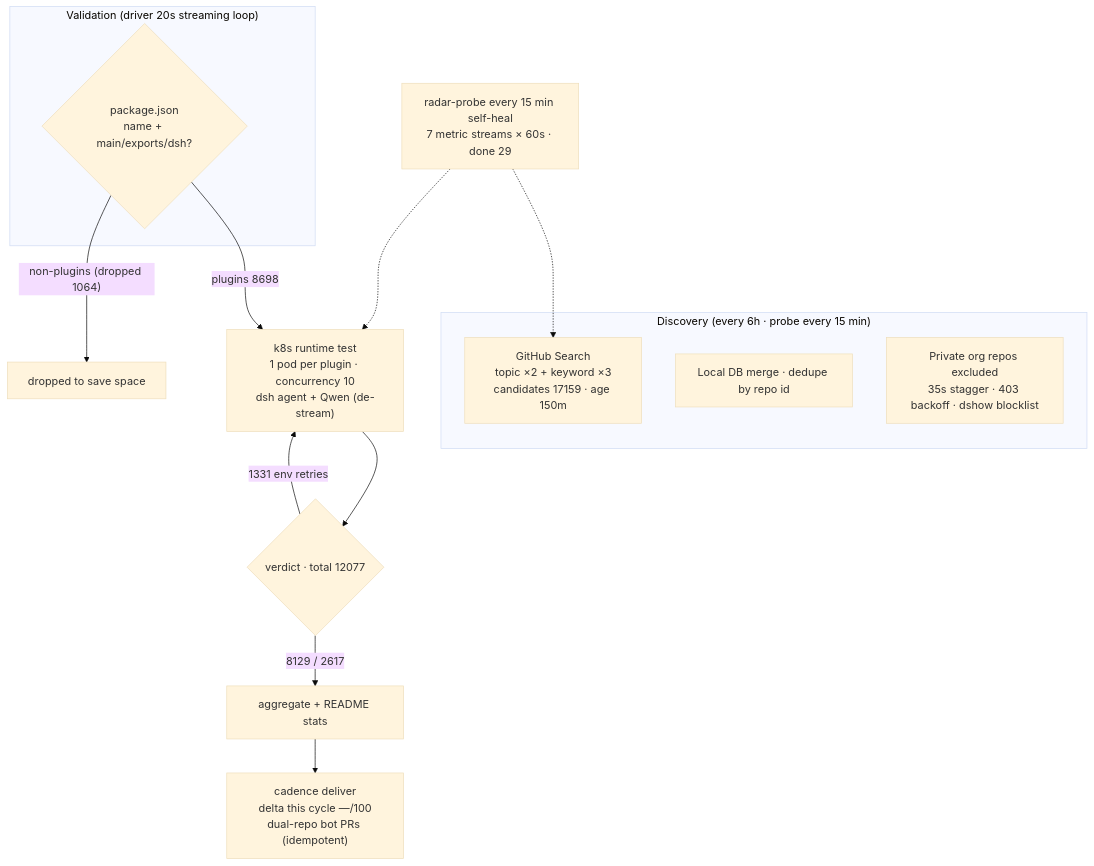
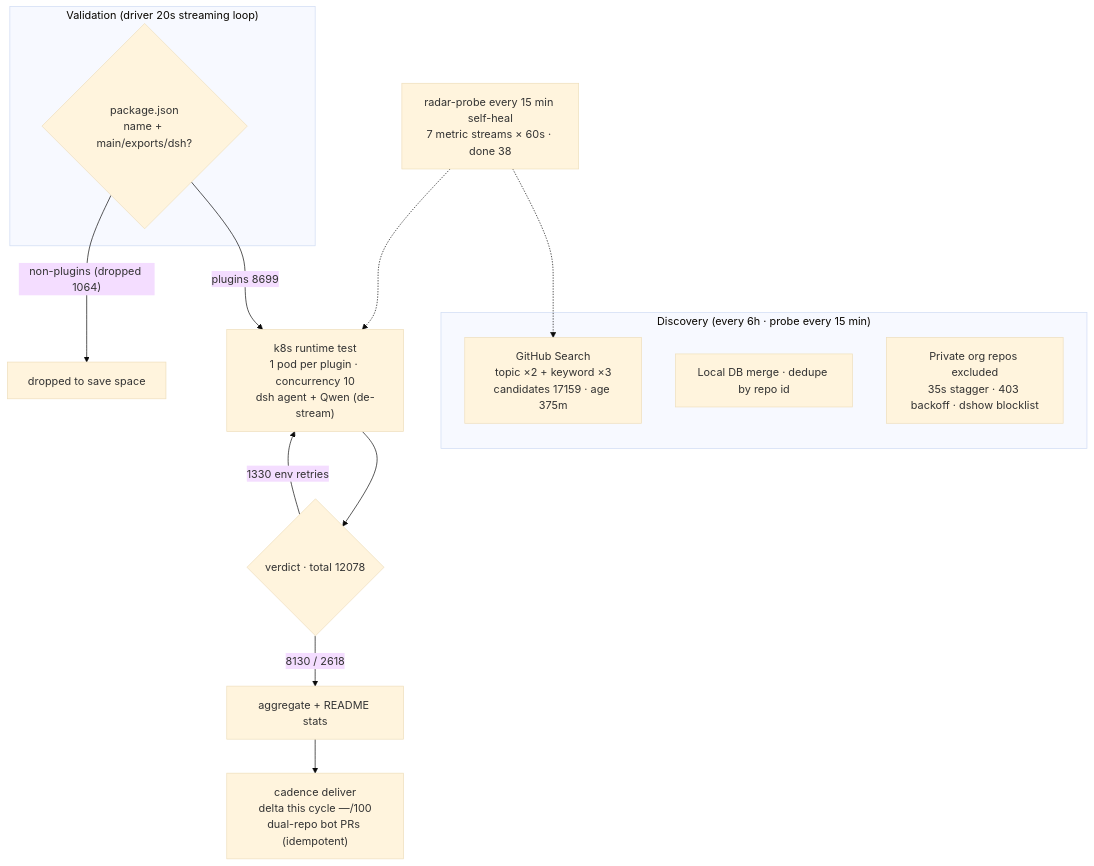
One commit to AdamPlatin123/awesome-dsh-plugins changed the diagram in README.en-US.md. Above: the diagram before and after it, drawn with Mermaid (base theme). The commit also changed other lines of this file and 5 other files, not shown here.

````diff
--- a/README.en-US.md
+++ b/README.en-US.md
@@ -45,20 +45,20 @@
 ```mermaid
 flowchart TB
     subgraph Discovery["Discovery (every 6h · probe every 15 min)"]
-        A1["GitHub Search<br/>topic ×2 + keyword ×3<br/>candidates 17159 · age 150m"]
+        A1["GitHub Search<br/>topic ×2 + keyword ×3<br/>candidates 17159 · age 375m"]
         A2["Local DB merge · dedupe by repo id"]
         A3["Private org repos excluded<br/>35s stagger · 403 backoff · dshow blocklist"]
     end
     subgraph Validation["Validation (driver 20s streaming loop)"]
         B1{"package.json<br/>name + main/exports/dsh?"}
     end
-    B1 -->|"plugins 8698"| C1["k8s runtime test<br/>1 pod per plugin · concurrency 10<br/>dsh agent + Qwen (de-stream)"]
+    B1 -->|"plugins 8699"| C1["k8s runtime test<br/>1 pod per plugin · concurrency 10<br/>dsh agent + Qwen (de-stream)"]
     B1 -->|"non-plugins (dropped 1064)"| B3["dropped to save space"]
-    C1 --> D1{"verdict · total 12077"}
-    D1 -->|"8129 / 2617"| E1["aggregate + README stats"]
-    D1 -->|"1331 env retries"| C1
+    C1 --> D1{"verdict · total 12078"}
+    D1 -->|"8130 / 2618"| E1["aggregate + README stats"]
+    D1 -->|"1330 env retries"| C1
     E1 --> E2["cadence deliver<br/>delta this cycle —/100<br/>dual-repo bot PRs (idempotent)"]
-    M["radar-probe every 15 min self-heal<br/>7 metric streams × 60s · done 29"]
+    M["radar-probe every 15 min self-heal<br/>7 metric streams × 60s · done 38"]
     M -.-> A1
     M -.-> C1
 ```
````
